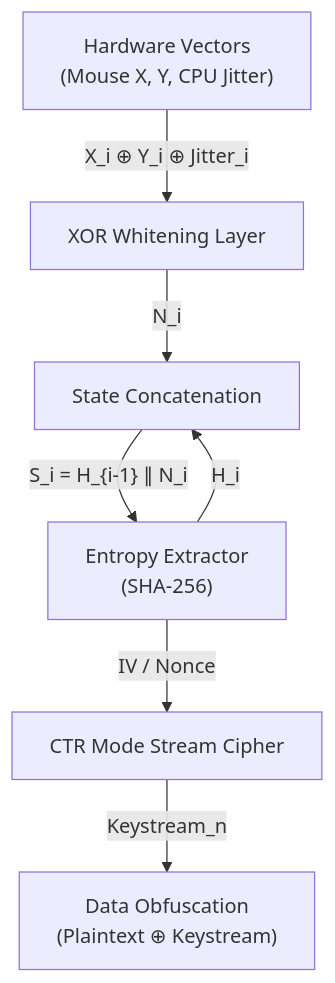
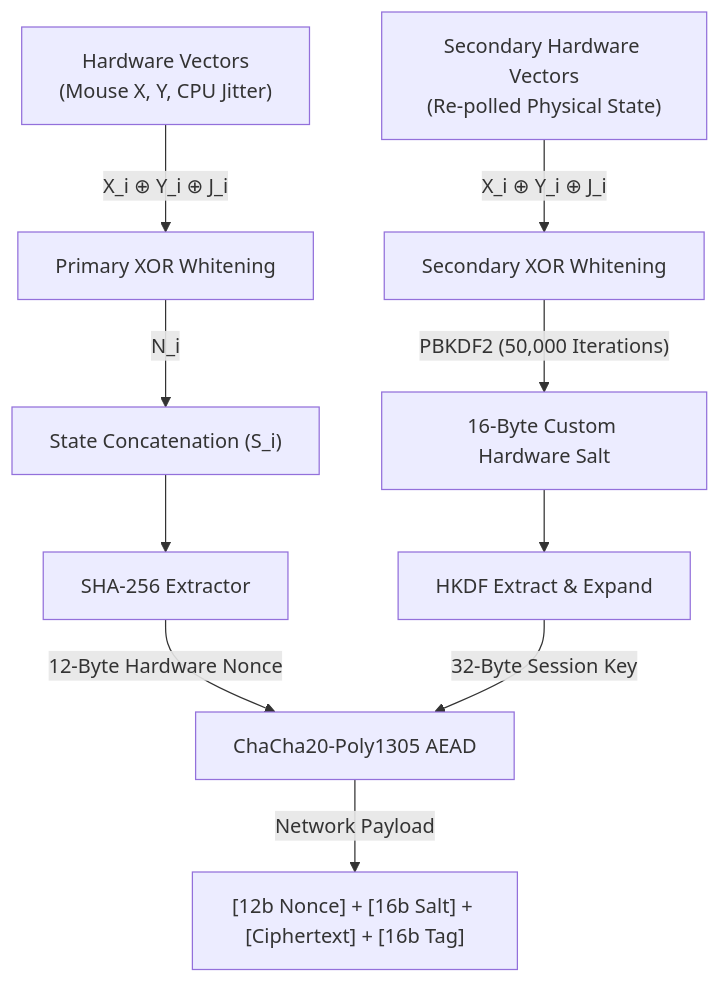
One commit to no-time/Local-CSPRNG-Entropy-Extractor changed the first of 3 diagrams in README.md. Above: the diagram before and after it, drawn with Mermaid. The commit also changed other lines of this file, not shown here.

````diff
--- a/README.md
+++ b/README.md
@@ -102,9 +92,14 @@
 ```mermaid
 flowchart TD
-    A["Hardware Vectors\n(Mouse X, Y, CPU Jitter)"] -->|"X_i ⊕ Y_i ⊕ Jitter_i"| B["XOR Whitening Layer"]
-    B -->|"N_i"| C["State Concatenation"]
-    C -->|"S_i = H_{i-1} ∥ N_i"| D["Entropy Extractor\n(SHA-256)"]
-    D -->|"H_i"| C
-    D -->|"IV / Nonce"| E["CTR Mode Stream Cipher"]
-    E -->|"Keystream_n"| F["Data Obfuscation\n(Plaintext ⊕ Keystream)"]
+    A["Hardware Vectors\n(Mouse X, Y, CPU Jitter)"] -->|"X_i ⊕ Y_i ⊕ J_i"| B["Primary XOR Whitening"]
+    B -->|"N_i"| C["State Concatenation (S_i)"]
+    C --> D["SHA-256 Extractor"]
+    D -->|"12-Byte Hardware Nonce"| E["ChaCha20-Poly1305 AEAD"]
+    
+    A2["Secondary Hardware Vectors\n(Re-polled Physical State)"] -->|"X_i ⊕ Y_i ⊕ J_i"| B2["Secondary XOR Whitening"]
+    B2 -->|"PBKDF2 (50,000 Iterations)"| C2["16-Byte Custom Hardware Salt"]
+    C2 --> D2["HKDF Extract & Expand"]
+    D2 -->|"32-Byte Session Key"| E
+    
+    E -->|"Network Payload"| F["[12b Nonce] + [16b Salt] + [Ciphertext] + [16b Tag]"]
 ```
````
